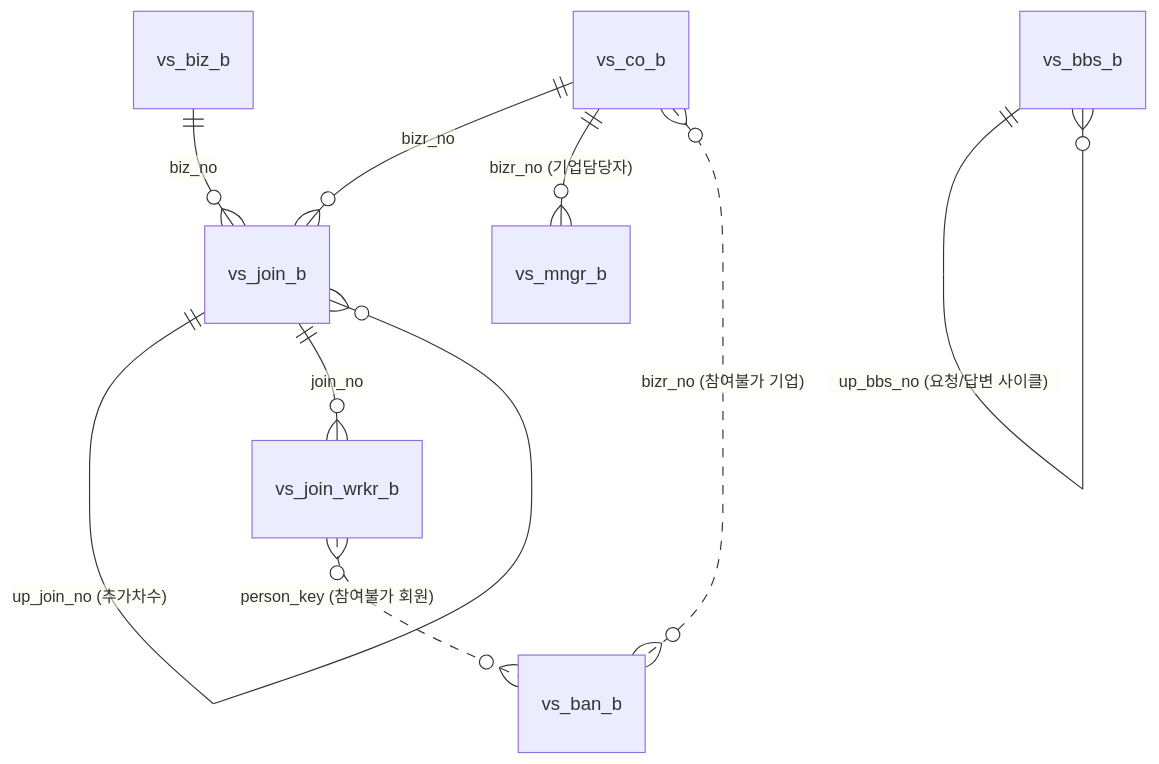
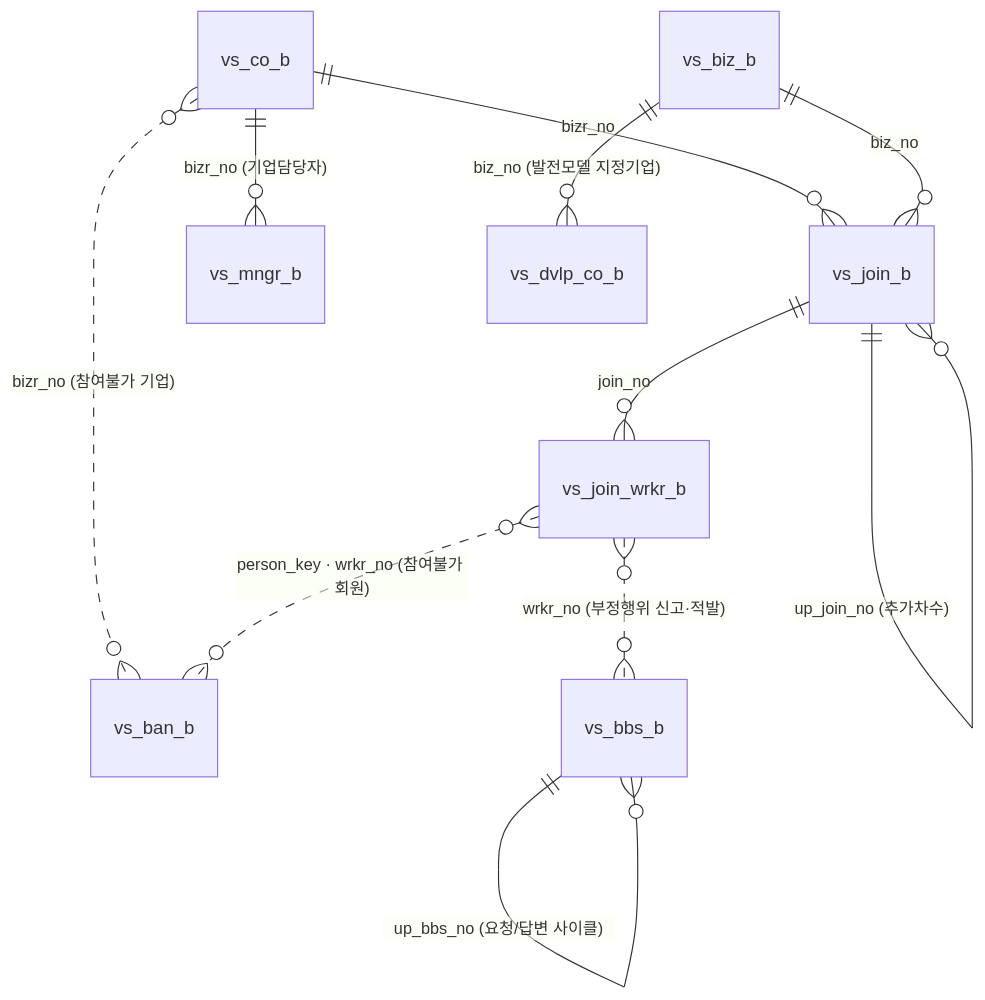
The diagram in db/README.md (hyundaiezwel/ez-sp-admin-sb), drawn with Mermaid before and after one commit. The commit also changed other lines of this file and 95 other files, not shown here.

````diff
--- a/db/README.md
+++ b/db/README.md
@@ -50,11 +51,13 @@
 ```mermaid
 erDiagram
     vs_co_b ||--o{ vs_join_b : "bizr_no"
     vs_co_b ||--o{ vs_mngr_b : "bizr_no (기업담당자)"
     vs_biz_b ||--o{ vs_join_b : "biz_no"
+    vs_biz_b ||--o{ vs_dvlp_co_b : "biz_no (발전모델 지정기업)"
     vs_join_b ||--o{ vs_join_b : "up_join_no (추가차수)"
     vs_join_b ||--o{ vs_join_wrkr_b : "join_no"
     vs_co_b }o..o{ vs_ban_b : "bizr_no (참여불가 기업)"
-    vs_join_wrkr_b }o..o{ vs_ban_b : "person_key (참여불가 회원)"
+    vs_join_wrkr_b }o..o{ vs_ban_b : "person_key · wrkr_no (참여불가 회원)"
+    vs_join_wrkr_b }o..o{ vs_bbs_b : "wrkr_no (부정행위 신고·적발)"
     vs_bbs_b ||--o{ vs_bbs_b : "up_bbs_no (요청/답변 사이클)"
 ```
````
